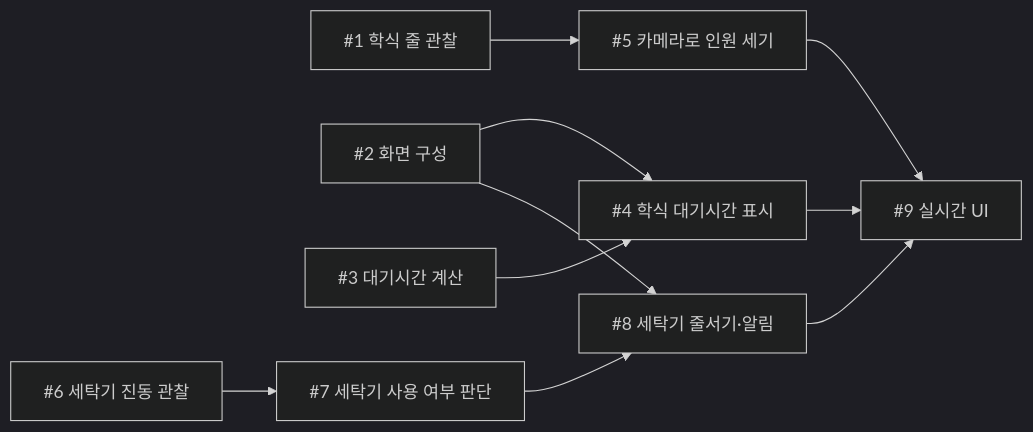
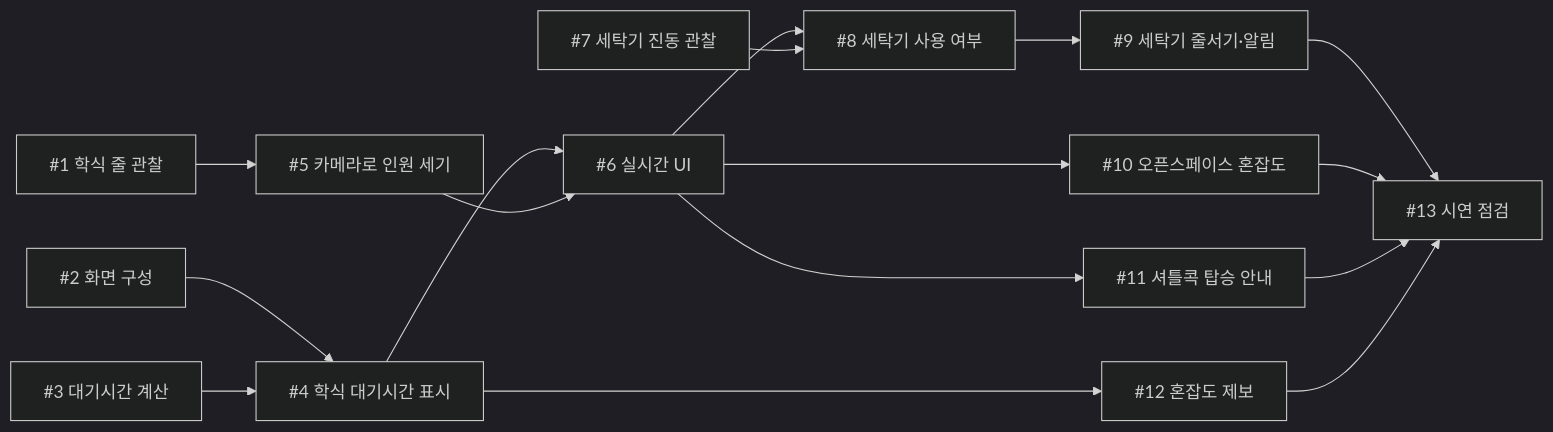
The diagram in docs/week-05.md (kyobak/aix-2026f-team09), drawn with Mermaid (dark theme) before and after one commit. The commit also changed other lines of this file, not shown here.

````diff
--- a/docs/week-05.md
+++ b/docs/week-05.md
@@ -44,12 +48,18 @@
 ```mermaid
 graph LR
   T1["#1 학식 줄 관찰"] --> T5["#5 카메라로 인원 세기"]
   T2["#2 화면 구성"] --> T4["#4 학식 대기시간 표시"]
   T3["#3 대기시간 계산"] --> T4
-  T6["#6 세탁기 진동 관찰"] --> T7["#7 세탁기 사용 여부 판단"]
-  T2 --> T8["#8 세탁기 줄서기·알림"]
-  T7 --> T8
-  T4 --> T9["#9 실시간 UI"]
-  T5 --> T9
-  T8 --> T9
+  T4 --> T6["#6 실시간 UI"]
+  T5 --> T6
+  T4 --> T12["#12 혼잡도 제보"]
+  T6 --> T8["#8 세탁기 사용 여부"]
+  T7["#7 세탁기 진동 관찰"] --> T8
+  T8 --> T9["#9 세탁기 줄서기·알림"]
+  T6 --> T10["#10 오픈스페이스 혼잡도"]
+  T6 --> T11["#11 셔틀콕 탑승 안내"]
+  T9 --> T13["#13 시연 점검"]
+  T10 --> T13
+  T11 --> T13
+  T12 --> T13
 ```
````
